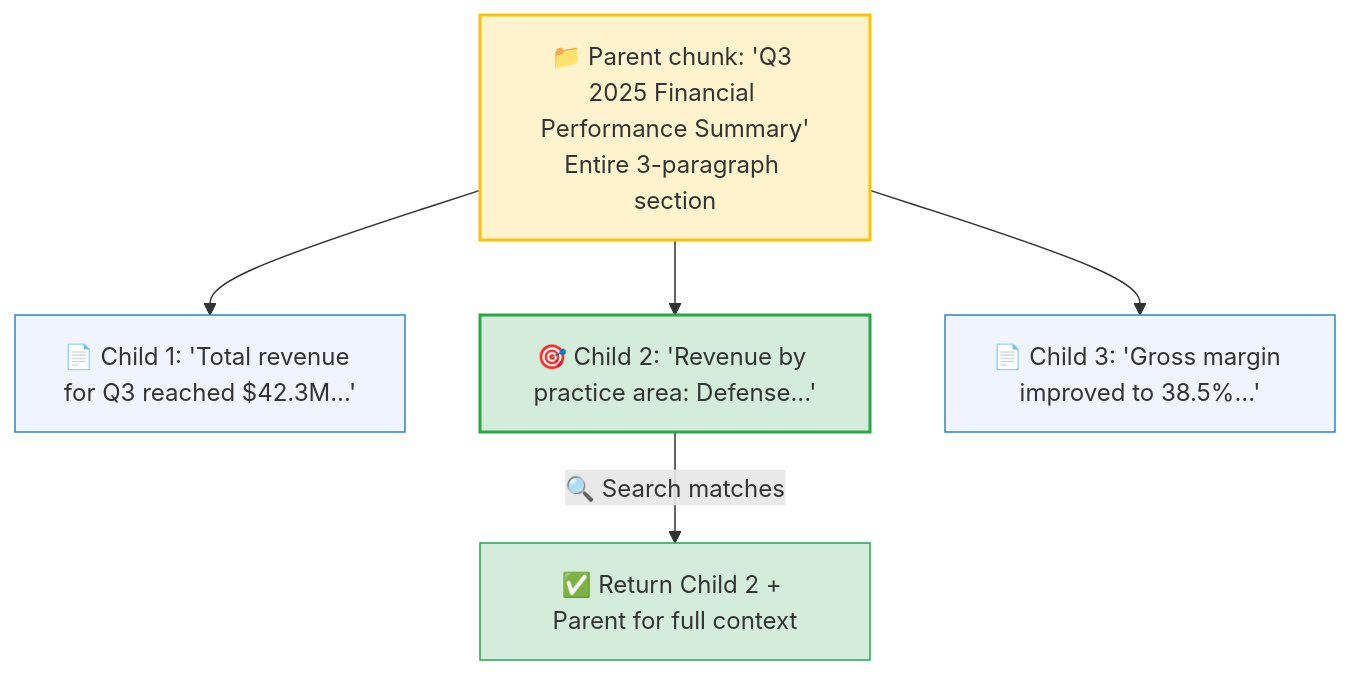
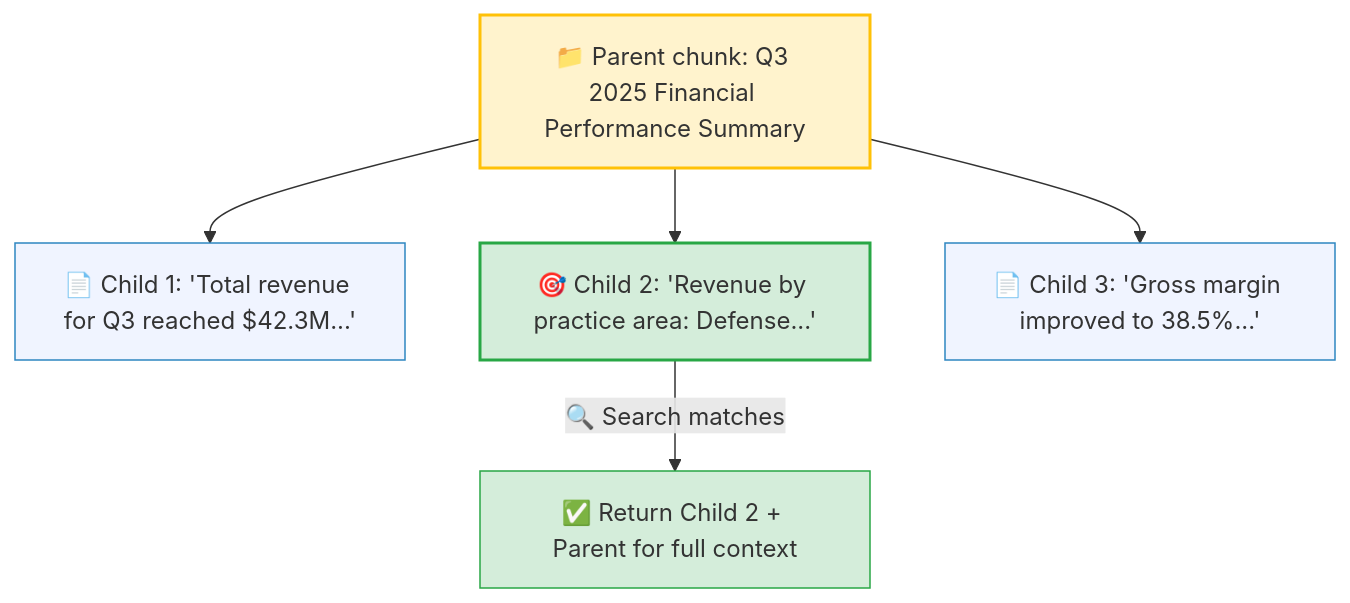
Before and after one commit to ithinktavo/GenAI-Engineering-Handbook: the third of 10 diagrams in docs/04-rag-deep-dive.md, drawn with Mermaid. The commit also changed other lines of this file and 9 other files, not shown here.

First line of the commit message:
Fix Mermaid rendering: remove emoji from subgraph titles and unsupported syntax

````diff
--- a/docs/04-rag-deep-dive.md
+++ b/docs/04-rag-deep-dive.md
@@ -142,19 +142,19 @@
 ```mermaid
 graph TD
-    P["📁 Parent chunk: 'Q3 2025 Financial Performance Summary'\nEntire 3-paragraph section"]
+    P["📁 Parent chunk: Q3 2025 Financial Performance Summary"]
     C1["📄 Child 1: 'Total revenue for Q3 reached $42.3M...'"]
     C2["🎯 Child 2: 'Revenue by practice area: Defense...'"]
     C3["📄 Child 3: 'Gross margin improved to 38.5%...'"]
     R["✅ Return Child 2 + Parent for full context"]
 
     P --> C1
     P --> C2
     P --> C3
     C2 -->|"🔍 Search matches"| R
 
     style P fill:#fff3cd,stroke:#ffc107,stroke-width:2px
     style C1 fill:#f0f4ff,stroke:#2E86C1
     style C2 fill:#d4edda,stroke:#28a745,stroke-width:2px
     style C3 fill:#f0f4ff,stroke:#2E86C1
     style R fill:#d4edda,stroke:#28a745
 ```
````
